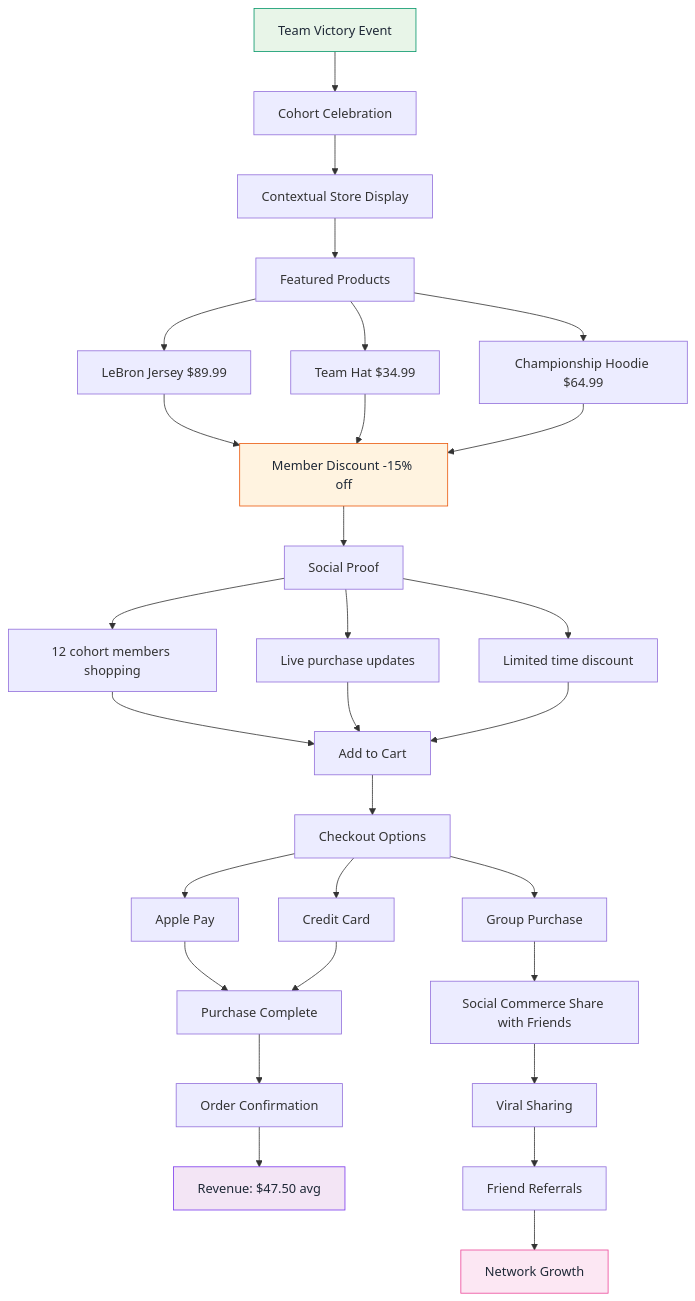
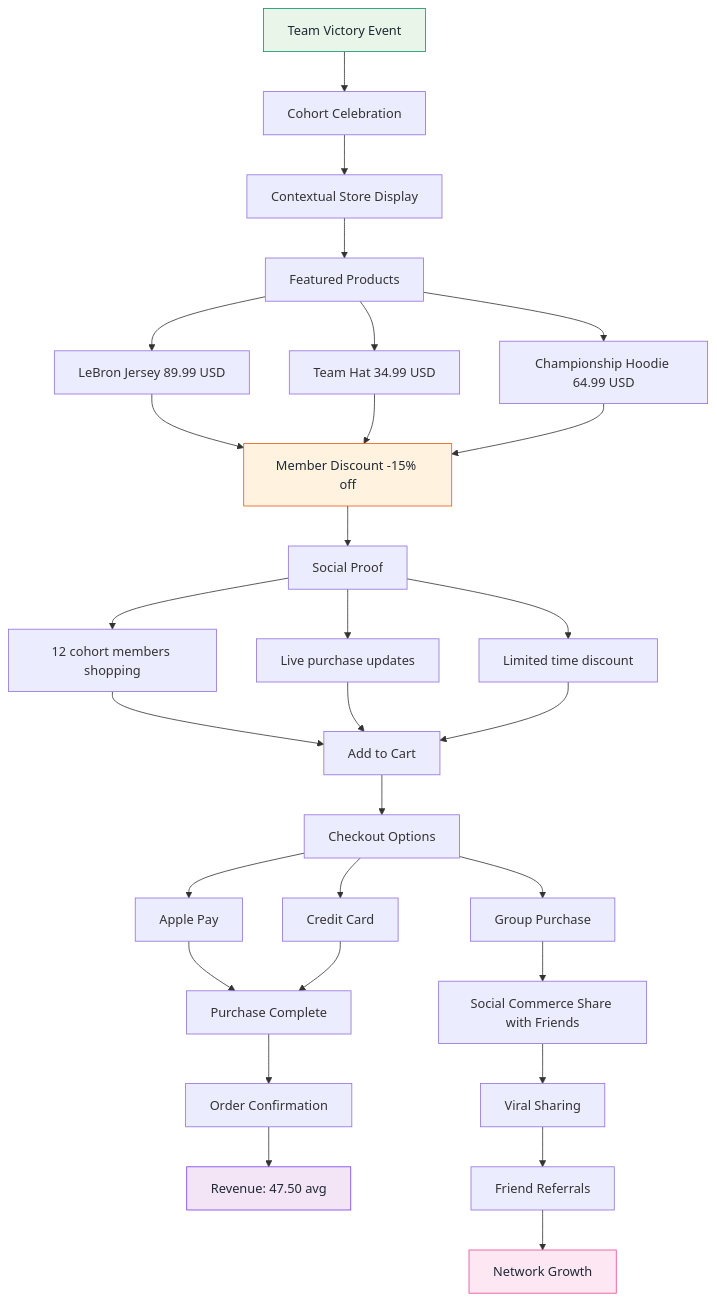
Before and after one commit to SkaFld-Ignite/ref-u-wireframes: the sixth of 9 diagrams in docs/investor-flows.md, drawn with Mermaid. The commit also changed other lines of this file, not shown here.

Commit message:
FINAL FIX: Remove all dollar signs from Mermaid diagrams - completely resolve parse error

````diff
--- a/docs/investor-flows.md
+++ b/docs/investor-flows.md
@@ -240,44 +240,44 @@
 ```mermaid
 graph TD
     A[Team Victory Event] --> B[Cohort Celebration]
     B --> C[Contextual Store Display]
     
     C --> D[Featured Products]
-    D --> E1[LeBron Jersey $89.99]
-    D --> E2[Team Hat $34.99]
-    D --> E3[Championship Hoodie $64.99]
+    D --> E1[LeBron Jersey 89.99 USD]
+    D --> E2[Team Hat 34.99 USD]
+    D --> E3[Championship Hoodie 64.99 USD]
     
     E1 --> F[Member Discount -15% off]
     E2 --> F
     E3 --> F
     
     F --> G[Social Proof]
     G --> H1[12 cohort members shopping]
     G --> H2[Live purchase updates]
     G --> H3[Limited time discount]
     
     H1 --> I[Add to Cart]
     H2 --> I
     H3 --> I
     
     I --> J[Checkout Options]
     J --> K1[Apple Pay]
     J --> K2[Credit Card]
     J --> K3[Group Purchase]
     
     K1 --> L[Purchase Complete]
     K2 --> L
     K3 --> M[Social Commerce Share with Friends]
     
     L --> N[Order Confirmation]
-    N --> O[Revenue: $47.50 avg]
+    N --> O[Revenue: 47.50 avg]
     
     M --> P[Viral Sharing]
     P --> Q[Friend Referrals]
     Q --> R[Network Growth]
     
     style A fill:#e8f5e8,stroke:#059669,color:#1f2937
     style F fill:#fff3e0,stroke:#ea580c,color:#1f2937
     style O fill:#f3e5f5,stroke:#7c3aed,color:#1f2937
     style R fill:#fce7f3,stroke:#ec4899,color:#1f2937
 ```
````
